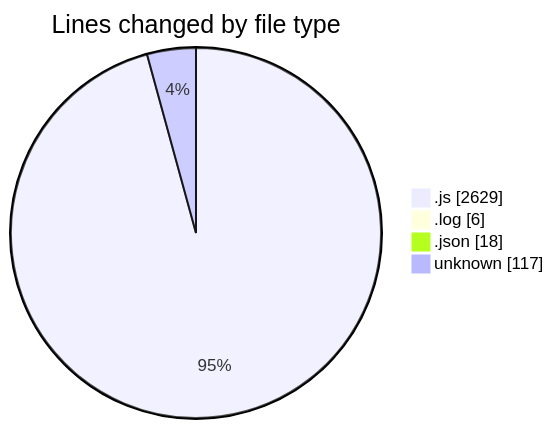
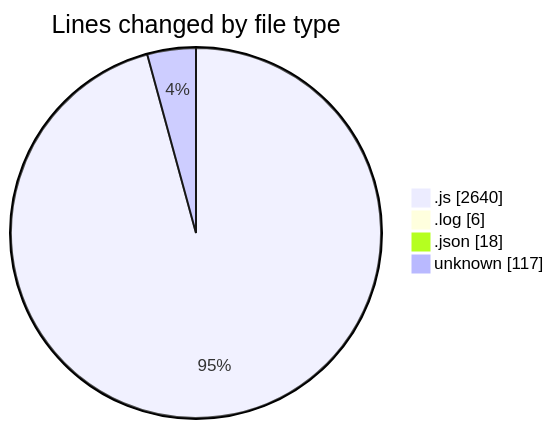
One commit to BS-eng2023/code-tracking changed the first of 2 diagrams in 2025-03-31/jsvms/README.md. Above: the diagram before and after it, drawn with Mermaid. The commit also changed other lines of this file and 1 other file, not shown here.

````diff
--- a/2025-03-31/jsvms/README.md
+++ b/2025-03-31/jsvms/README.md
@@ -49,8 +49,8 @@
 ```mermaid
 pie showData
 title Lines changed by file type
-".js" : 2629
+".js" : 2640
 ".log" : 6
 ".json" : 18
 "unknown" : 117
 ```
````
